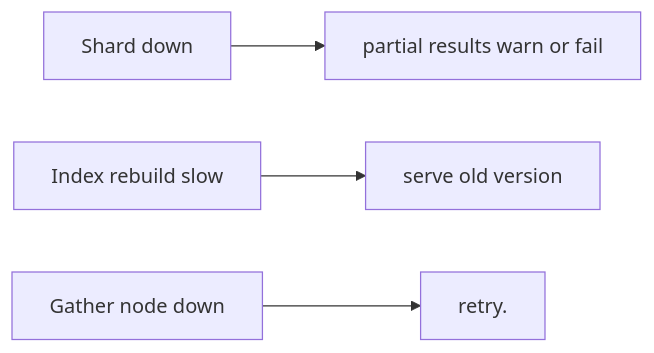
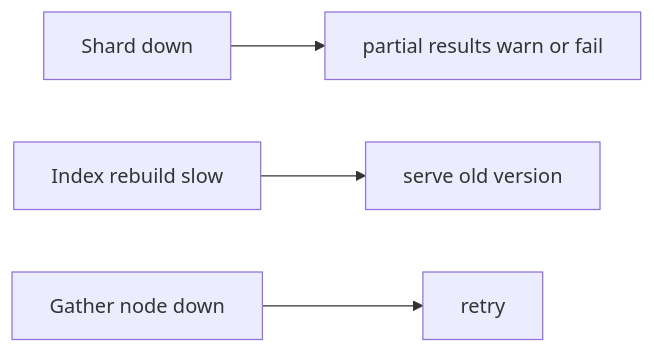
The third of 3 diagrams in case-studies/advanced/search-engine.md (RIT-MESH/system-design-mastery), drawn with Mermaid before and after one commit. The commit also changed other lines of this file and 215 other files, not shown here.

First line of the commit message:
Complete all remaining work: expand case studies, add 13 AI case studies, fix diagrams, status to Complete

````diff
--- a/case-studies/advanced/search-engine.md
+++ b/case-studies/advanced/search-engine.md
@@ -29,13 +35,13 @@
 ```mermaid
 %% created-for: system-design-mastery
 flowchart LR
   C1["Shard down"]
   R2["partial results warn or fail"]
   C1 --> R2
   C3["Index rebuild slow"]
   R4["serve old version"]
   C3 --> R4
   C5["Gather node down"]
-  R6["retry."]
+  R6["retry"]
   C5 --> R6
 ```
````
